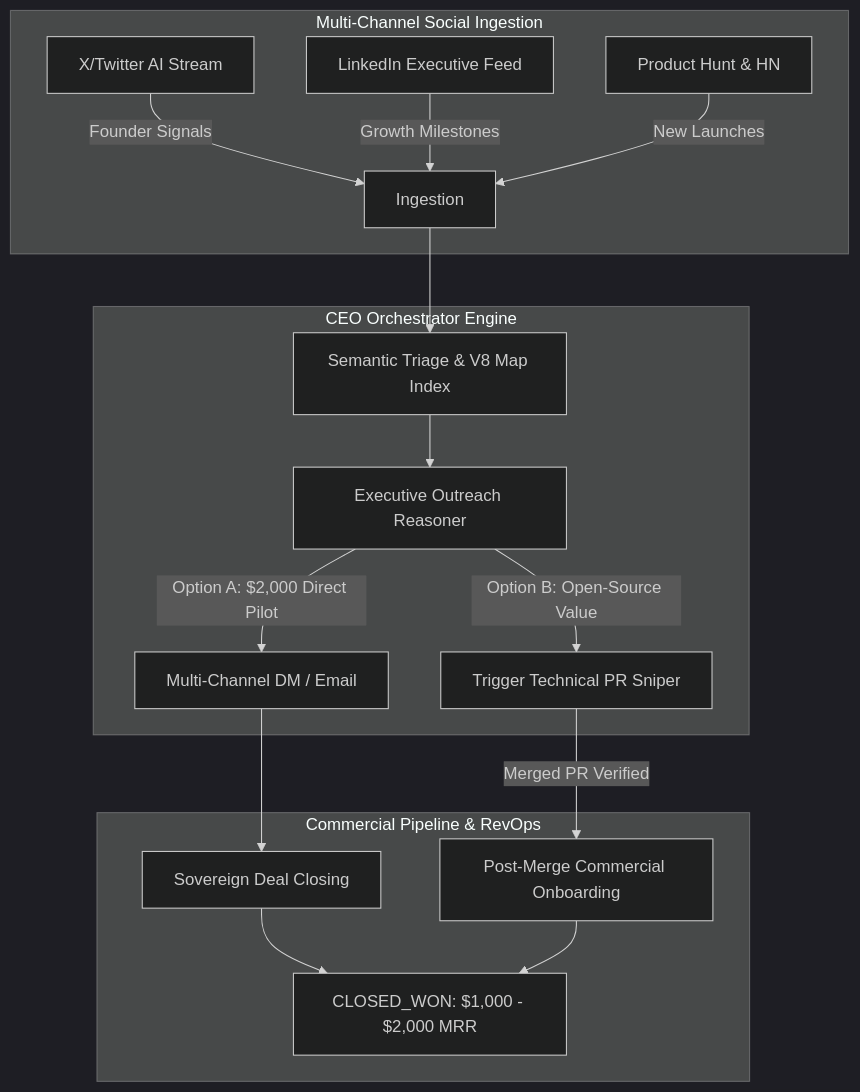
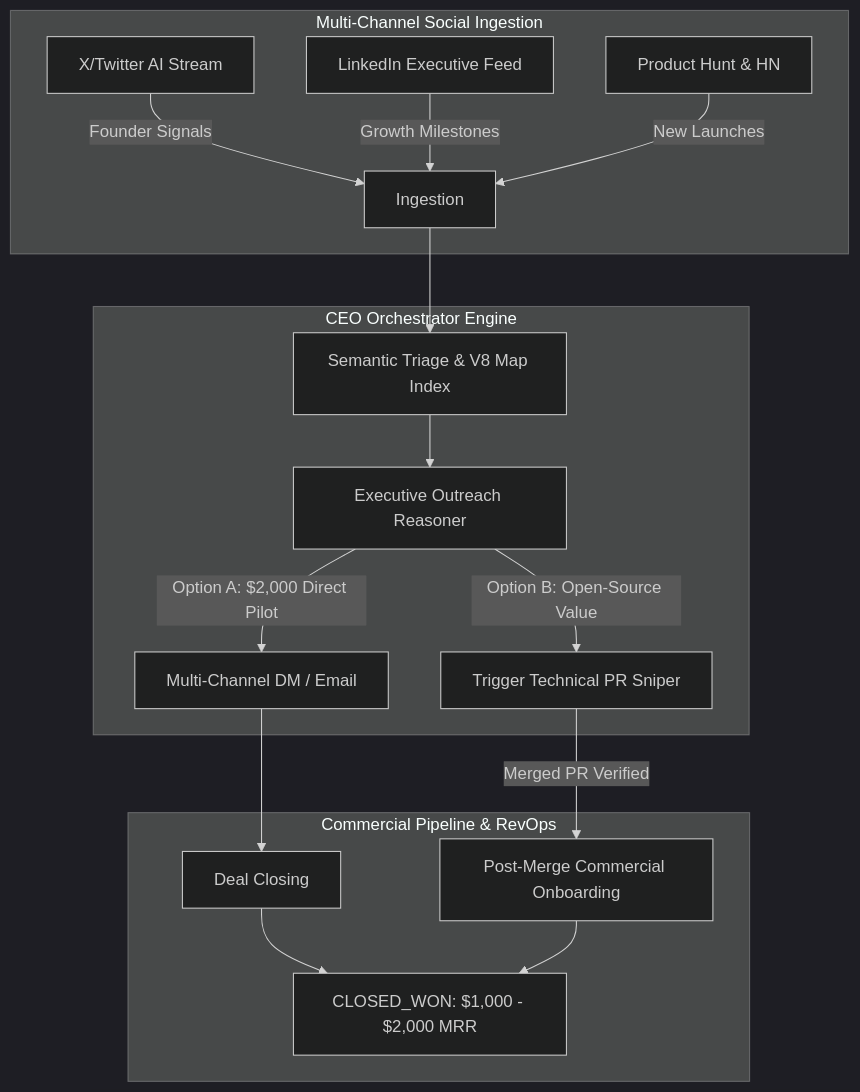
One commit to aoxendine3/xoras changed the diagram in docs/CEO_ORCHESTRATOR_SPEC.md. Above: the diagram before and after it, drawn with Mermaid (dark theme). The commit also changed other lines of this file and 1 other file, not shown here.

````diff
--- a/docs/CEO_ORCHESTRATOR_SPEC.md
+++ b/docs/CEO_ORCHESTRATOR_SPEC.md
@@ -9,22 +10,22 @@
 ```mermaid
 graph TD
     subgraph Multi-Channel Social Ingestion
         X[X/Twitter AI Stream] --> |Founder Signals| Ingestion
         LI[LinkedIn Executive Feed] --> |Growth Milestones| Ingestion
         PH[Product Hunt & HN] --> |New Launches| Ingestion
     end
 
     subgraph CEO Orchestrator Engine
         Ingestion --> Triage[Semantic Triage & V8 Map Index]
         Triage --> Reasoner[Executive Outreach Reasoner]
         Reasoner --> |Option A: $2,000 Direct Pilot| Outbound[Multi-Channel DM / Email]
         Reasoner --> |Option B: Open-Source Value| PR[Trigger Technical PR Sniper]
     end
 
     subgraph Commercial Pipeline & RevOps
-        Outbound --> Negotiation[Sovereign Deal Closing]
+        Outbound --> Negotiation[Deal Closing]
         PR --> |Merged PR Verified| ClosingPitch[Post-Merge Commercial Onboarding]
         Negotiation --> Won[CLOSED_WON: $1,000 - $2,000 MRR]
         ClosingPitch --> Won
     end
 ```
````
